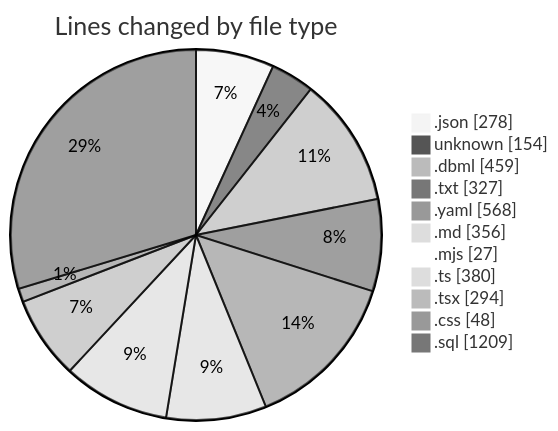
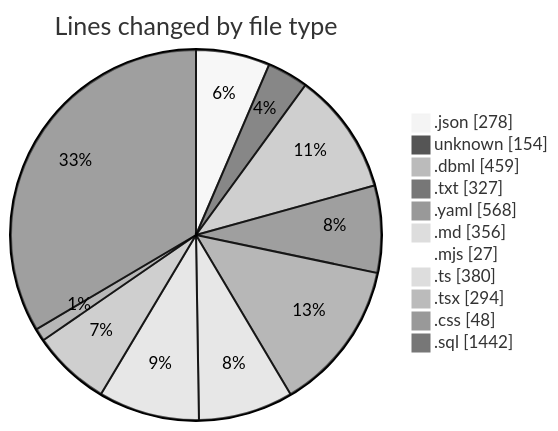
Before and after one commit to mevix1/code-tracking: the first of 2 diagrams in 2025-10-02/oura-api/README.md, drawn with Mermaid (neutral theme). The commit also changed other lines of this file and 1 other file, not shown here.

````diff
--- a/2025-10-02/oura-api/README.md
+++ b/2025-10-02/oura-api/README.md
@@ -58,15 +58,15 @@
 ```mermaid
 pie showData
 title Lines changed by file type
 ".json" : 278
 "unknown" : 154
 ".dbml" : 459
 ".txt" : 327
 ".yaml" : 568
 ".md" : 356
 ".mjs" : 27
 ".ts" : 380
 ".tsx" : 294
 ".css" : 48
-".sql" : 1209
+".sql" : 1442
 ```
````
